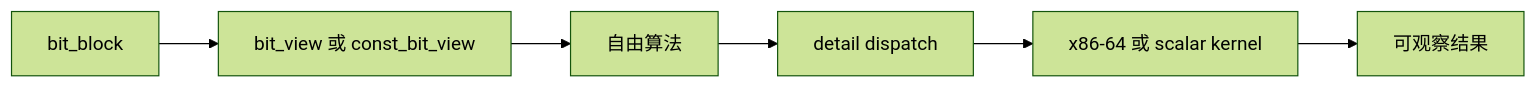
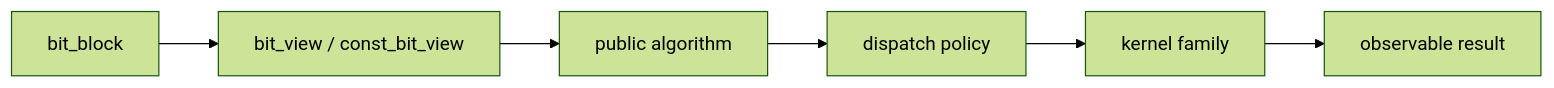
One commit to LessUp/bitcal changed the diagram in docs/zh/whitepaper/algorithm-design.md. Above: the diagram before and after it, drawn with Mermaid (forest theme). The commit also changed other lines of this file and 35 other files, not shown here.

````diff
--- a/docs/zh/whitepaper/algorithm-design.md
+++ b/docs/zh/whitepaper/algorithm-design.md
@@ -7,8 +9,8 @@
 ```mermaid
 flowchart LR
-  A[bit_block] --> B[bit_view 或 const_bit_view]
-  B --> C[自由算法]
-  C --> D[detail dispatch]
-  D --> E[x86-64 或 scalar kernel]
-  E --> F[可观察结果]
+  A[bit_block] --> B[bit_view / const_bit_view]
+  B --> C[public algorithm]
+  C --> D[dispatch policy]
+  D --> E[kernel family]
+  E --> F[observable result]
 ```
````
